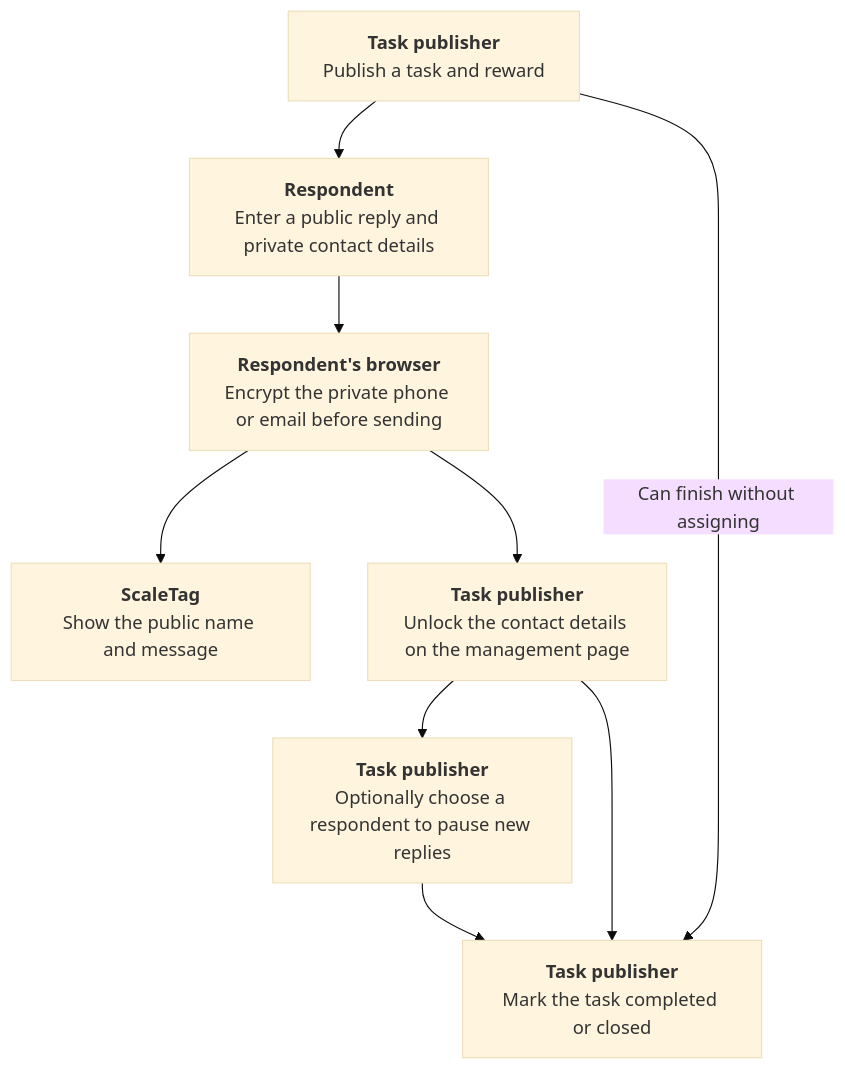
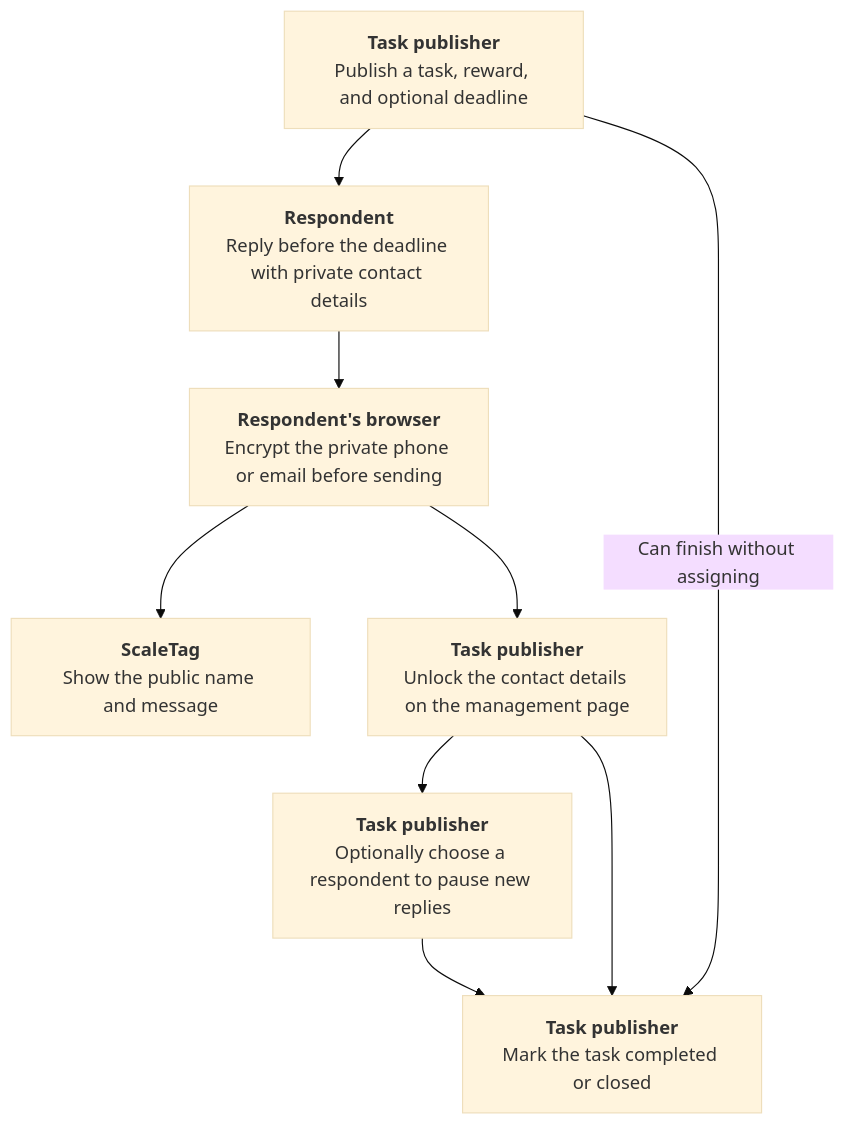
One commit to ChrisXHLeung/ScaleTag changed the second of 13 diagrams in README.md. Above: the diagram before and after it, drawn with Mermaid (base theme). The commit also changed other lines of this file and 12 other files, not shown here.

````diff
--- a/README.md
+++ b/README.md
@@ -33,11 +35,11 @@
 ```mermaid
 flowchart TD
-    A["<b>Task publisher</b><br/>Publish a task and reward"] --> B["<b>Respondent</b><br/>Enter a public reply and private contact details"]
+    A["<b>Task publisher</b><br/>Publish a task, reward, and optional deadline"] --> B["<b>Respondent</b><br/>Reply before the deadline with private contact details"]
     B --> D["<b>Respondent's browser</b><br/>Encrypt the private phone or email before sending"]
     D --> C["<b>ScaleTag</b><br/>Show the public name and message"]
     D --> E["<b>Task publisher</b><br/>Unlock the contact details on the management page"]
     E --> F["<b>Task publisher</b><br/>Optionally choose a respondent to pause new replies"]
     F --> G["<b>Task publisher</b><br/>Mark the task completed or closed"]
     A -->|"Can finish without assigning"| G
     E --> G
 ```
````
